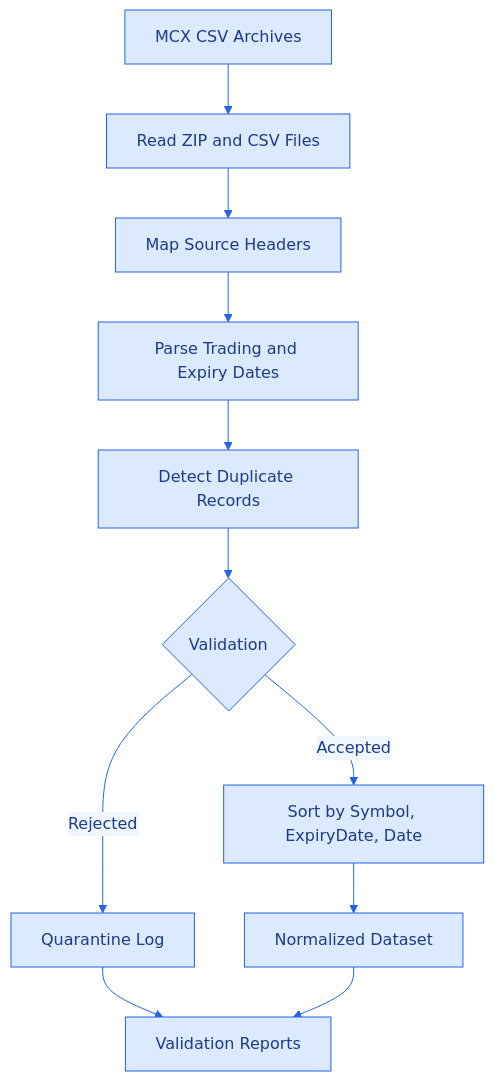
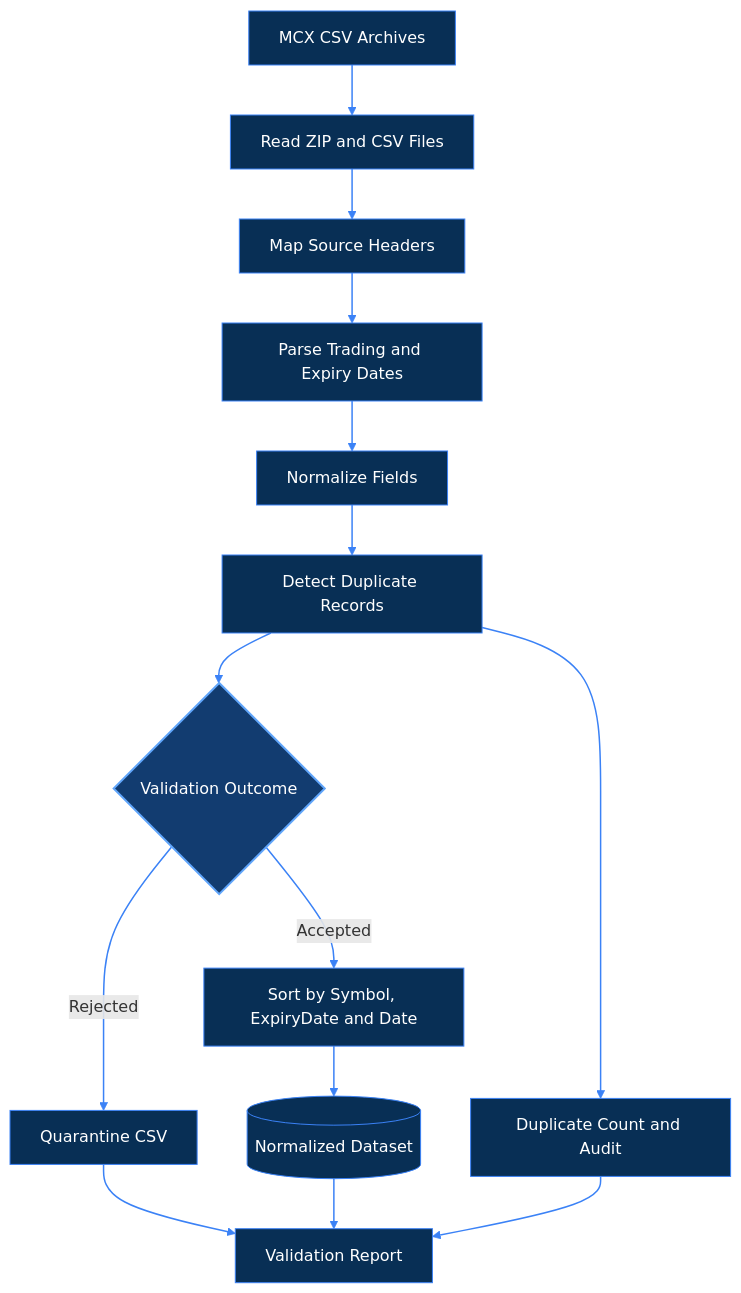
Before and after one commit to nitin25J/SwarnaNet: the second of 3 diagrams in README.md, drawn with Mermaid. The commit also changed other lines of this file, not shown here.

````diff
--- a/README.md
+++ b/README.md
@@ -51,14 +55,26 @@
 ```mermaid
-%%{init: {"theme":"base","themeVariables":{"background":"#ffffff","primaryColor":"#dbeafe","primaryTextColor":"#1e3a8a","primaryBorderColor":"#2563eb","lineColor":"#2563eb","secondaryColor":"#bfdbfe","secondaryTextColor":"#1e40af","secondaryBorderColor":"#3b82f6","tertiaryColor":"#eff6ff","tertiaryTextColor":"#1e3a8a","tertiaryBorderColor":"#60a5fa","edgeLabelBackground":"#eff6ff","clusterBkg":"#eff6ff","clusterBorder":"#2563eb"}}}%%
 flowchart TD
-    A[MCX CSV Archives] --> B[Read ZIP and CSV Files]
-    B --> C[Map Source Headers]
-    C --> D[Parse Trading and Expiry Dates]
-    D --> E[Detect Duplicate Records]
-    E --> F{Validation}
-    F -->|Accepted| G[Sort by Symbol, ExpiryDate, Date]
-    F -->|Rejected| H[Quarantine Log]
-    G --> I[Normalized Dataset]
-    H --> J[Validation Reports]
-    I --> J
+    A["MCX CSV Archives"] --> B["Read ZIP and CSV Files"]
+    B --> C["Map Source Headers"]
+    C --> D["Parse Trading and Expiry Dates"]
+    D --> E["Normalize Fields"]
+    E --> F["Detect Duplicate Records"]
+    F --> G{"Validation Outcome"}
+
+    G -->|Accepted| H["Sort by Symbol, ExpiryDate and Date"]
+    G -->|Rejected| I["Quarantine CSV"]
+
+    H --> J[("Normalized Dataset")]
+    I --> K["Validation Report"]
+    J --> K
+    F --> L["Duplicate Count and Audit"]
+    L --> K
+
+    classDef blue fill:#082F55,stroke:#3B82F6,color:#FFFFFF,stroke-width:1px
+    classDef decision fill:#123C70,stroke:#60A5FA,color:#FFFFFF,stroke-width:2px
+
+    class A,B,C,D,E,F,H,I,J,K,L blue
+    class G decision
+
+    linkStyle default stroke:#3B82F6,stroke-width:1.5px
 ```
````
